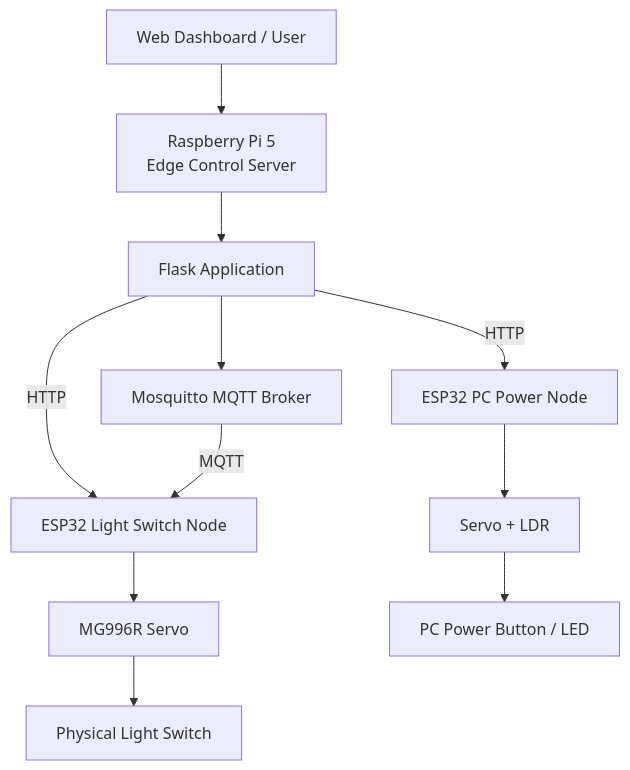
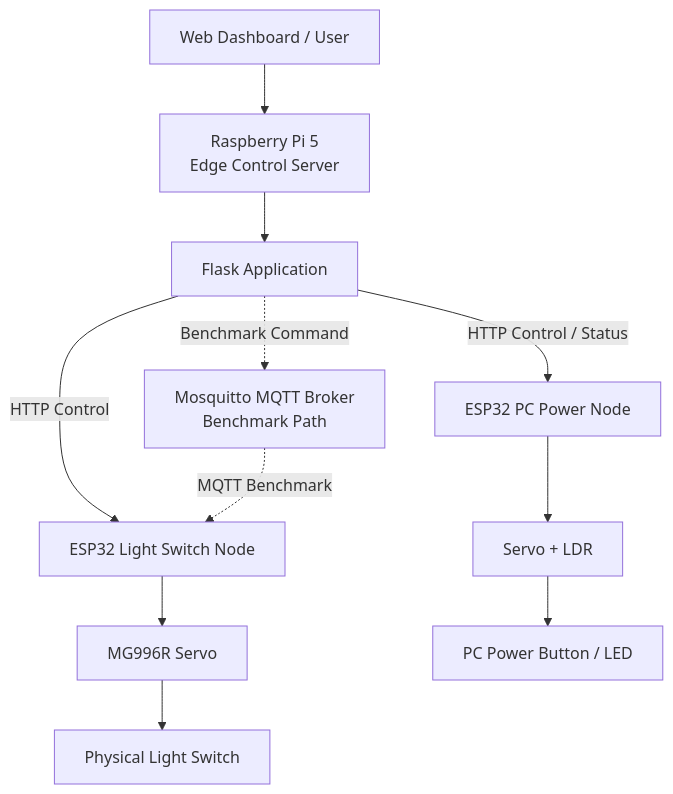
The diagram in README.md (ohjaeyoung0519/edge-iot-control-system), drawn with Mermaid before and after one commit. The commit also changed other lines of this file, not shown here.

````diff
--- a/README.md
+++ b/README.md
@@ -23,24 +34,24 @@
 ```mermaid
 flowchart TD
     USER[Web Dashboard / User]
     PI[Raspberry Pi 5<br/>Edge Control Server]
     FLASK[Flask Application]
-    MQTT[Mosquitto MQTT Broker]
+    MQTT[Mosquitto MQTT Broker<br/>Benchmark Path]
     LIGHT[ESP32 Light Switch Node]
     PC[ESP32 PC Power Node]
     SERVO1[MG996R Servo]
     SERVO2[Servo + LDR]
     SWITCH[Physical Light Switch]
     PCDEVICE[PC Power Button / LED]
 
     USER --> PI
     PI --> FLASK
-    FLASK -->|HTTP| LIGHT
-    FLASK -->|HTTP| PC
-    FLASK --> MQTT
-    MQTT -->|MQTT| LIGHT
+    FLASK -->|HTTP Control| LIGHT
+    FLASK -->|HTTP Control / Status| PC
+    FLASK -.->|Benchmark Command| MQTT
+    MQTT -.->|MQTT Benchmark| LIGHT
     LIGHT --> SERVO1
     SERVO1 --> SWITCH
     PC --> SERVO2
     SERVO2 --> PCDEVICE
 ```
````
